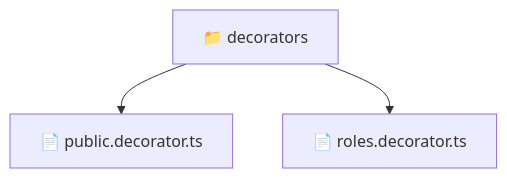
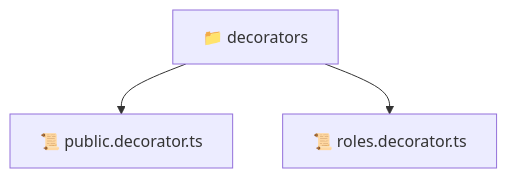
Before and after one commit to beginwebdev2002/fullstack-mavluda: the diagram in backend/src/common/decorators/README.md, drawn with Mermaid. The commit also changed other lines of this file and 163 other files, not shown here.

````diff
--- a/backend/src/common/decorators/README.md
+++ b/backend/src/common/decorators/README.md
@@ -9,6 +9,6 @@
 ```mermaid
 graph TD
-  Root["📁 decorators"]
-  Root --> public_decorator_ts["📄 public.decorator.ts"]
-  Root --> roles_decorator_ts["📄 roles.decorator.ts"]
+  decorators["📁 decorators"]
+  decorators --> public_decorator_ts["📜 public.decorator.ts"]
+  decorators --> roles_decorator_ts["📜 roles.decorator.ts"]
 ```
````
